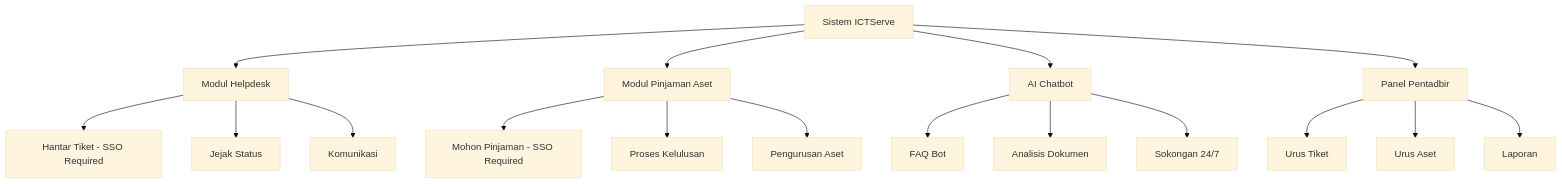
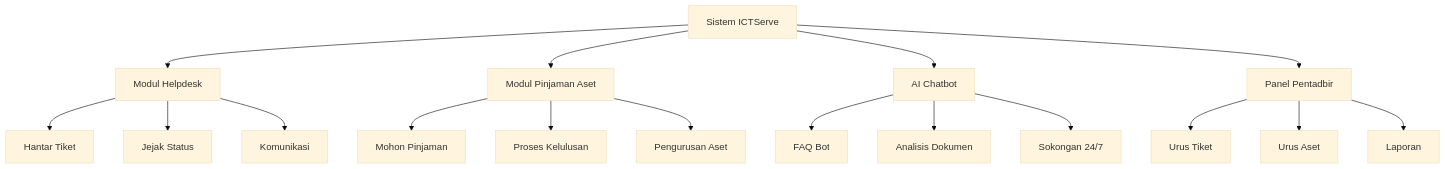
The diagram in docs/KRISA/D17_KRISA_ICTSERVE_MANUAL_PENGGUNA_SISTEM.md (IzzatFirdaus/ictserve-031125), drawn with Mermaid (base theme) before and after one commit. The commit also changed other lines of this file and 1 other file, not shown here.

````diff
--- a/docs/KRISA/D17_KRISA_ICTSERVE_MANUAL_PENGGUNA_SISTEM.md
+++ b/docs/KRISA/D17_KRISA_ICTSERVE_MANUAL_PENGGUNA_SISTEM.md
@@ -189,23 +176,23 @@
 ```mermaid
 graph TD
     A[Sistem ICTServe] --> B[Modul Helpdesk]
     A --> C[Modul Pinjaman Aset]
     A --> D[AI Chatbot]
     A --> E[Panel Pentadbir]
     
-    B --> B1[Hantar Tiket - SSO Required]
+    B --> B1[Hantar Tiket]
     B --> B2[Jejak Status]
     B --> B3[Komunikasi]
     
-    C --> C1[Mohon Pinjaman - SSO Required]
+    C --> C1[Mohon Pinjaman]
     C --> C2[Proses Kelulusan]
     C --> C3[Pengurusan Aset]
     
     D --> D1[FAQ Bot]
     D --> D2[Analisis Dokumen]
     D --> D3[Sokongan 24/7]
     
     E --> E1[Urus Tiket]
     E --> E2[Urus Aset]
     E --> E3[Laporan]
 ```
````
